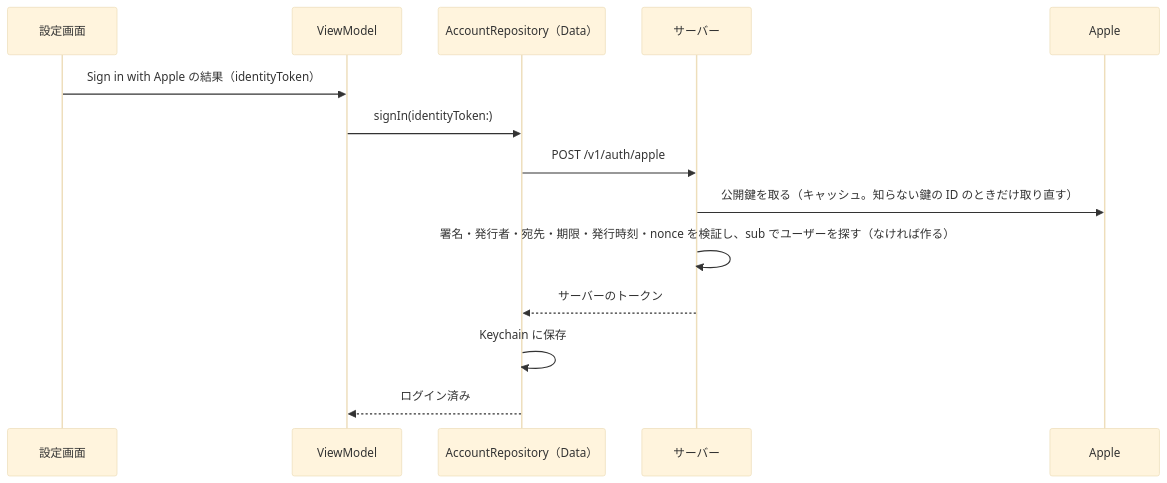
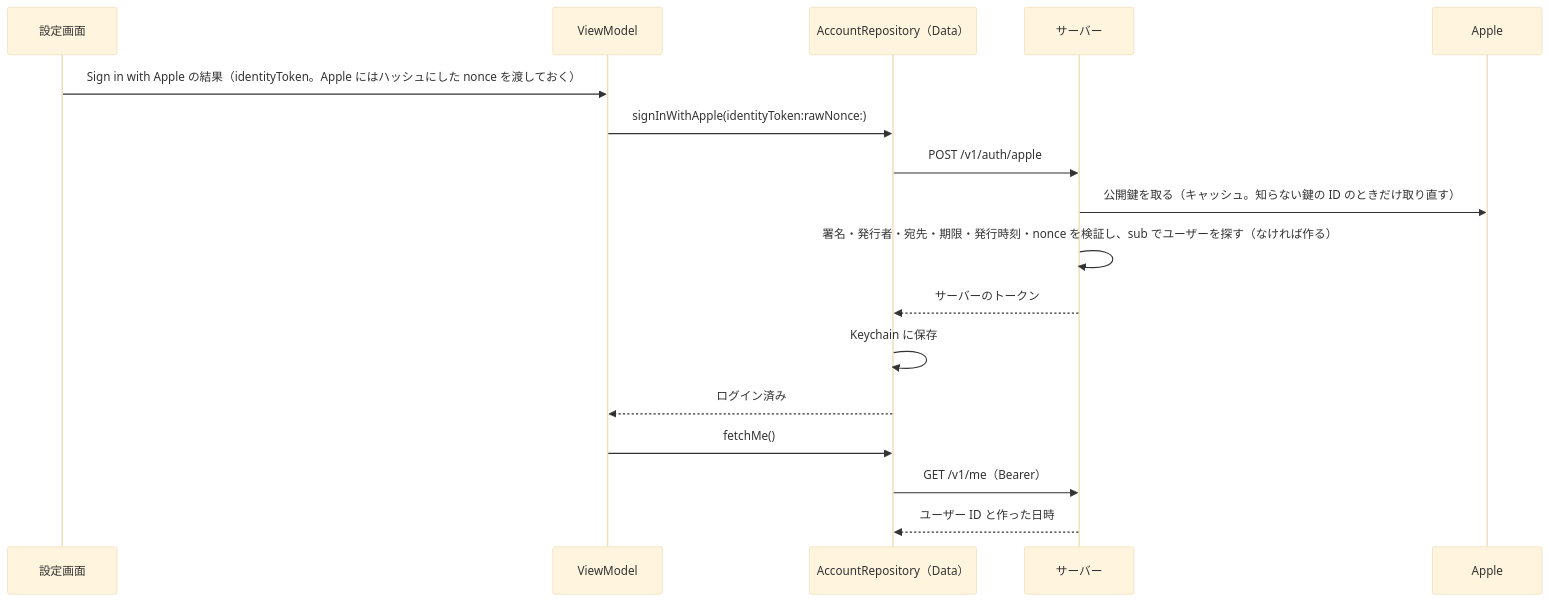
Before and after one commit to omomi-moti/Karaoke_support: the second of 2 diagrams in docs/backend_design.md, drawn with Mermaid (base theme). The commit also changed other lines of this file and 61 other files, not shown here.

First line of the commit message:
Feature/sign in with apple (#155)

````diff
--- a/docs/backend_design.md
+++ b/docs/backend_design.md
@@ -154,16 +156,19 @@
 ```mermaid
 sequenceDiagram
     participant V as 設定画面
     participant VM as ViewModel
     participant R as AccountRepository（Data）
     participant S as サーバー
     participant A as Apple
-    V->>VM: Sign in with Apple の結果（identityToken）
-    VM->>R: signIn(identityToken:)
+    V->>VM: Sign in with Apple の結果（identityToken。Apple にはハッシュにした nonce を渡しておく）
+    VM->>R: signInWithApple(identityToken:rawNonce:)
     R->>S: POST /v1/auth/apple
     S->>A: 公開鍵を取る（キャッシュ。知らない鍵の ID のときだけ取り直す）
     S->>S: 署名・発行者・宛先・期限・発行時刻・nonce を検証し、sub でユーザーを探す（なければ作る）
     S-->>R: サーバーのトークン
     R->>R: Keychain に保存
     R-->>VM: ログイン済み
+    VM->>R: fetchMe()
+    R->>S: GET /v1/me（Bearer）
+    S-->>R: ユーザー ID と作った日時
 ```
````
